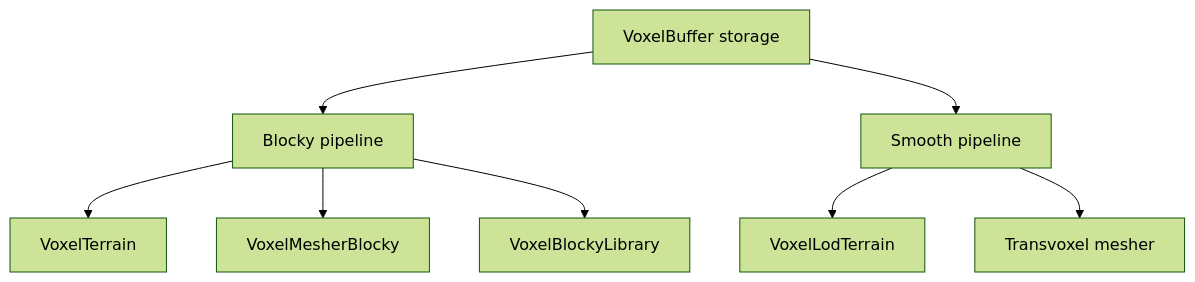
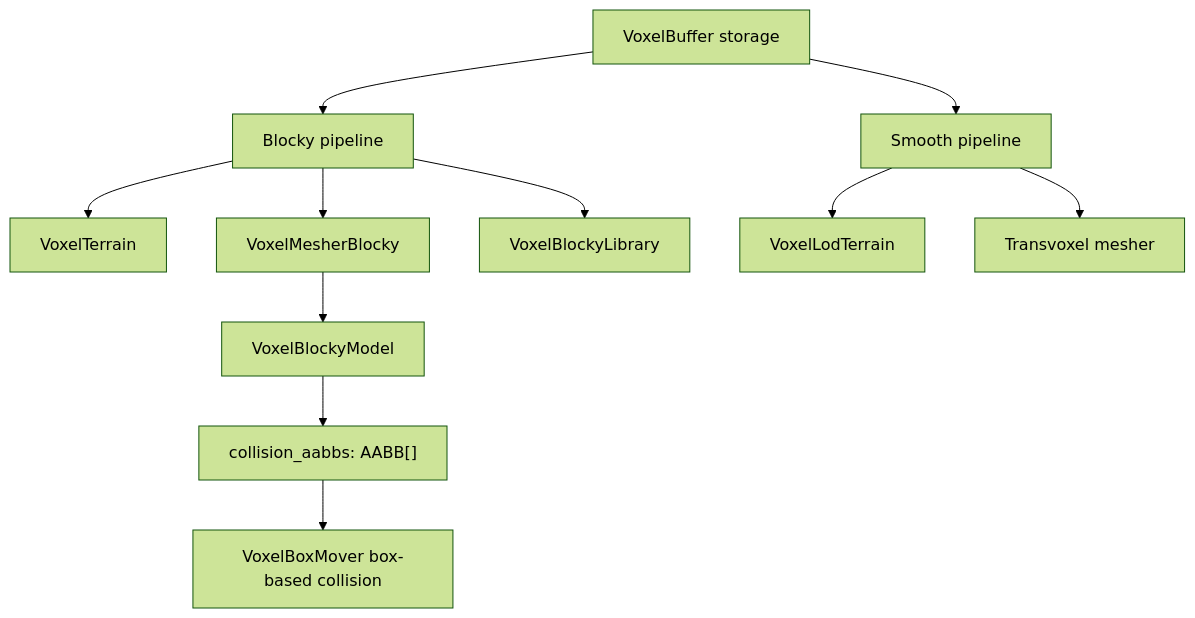
Before and after one commit to hybridindie/wiki-fabric: the diagram in wiki/topics/godot-voxel-pipeline.md, drawn with Mermaid (forest theme). The commit also changed other lines of this file and 43 other files, not shown here.

````diff
--- a/wiki/topics/godot-voxel-pipeline.md
+++ b/wiki/topics/godot-voxel-pipeline.md
@@ -14,10 +18,17 @@
 ```mermaid
 flowchart TD
-    VB[VoxelBuffer storage] --> P1[Blocky pipeline]
-    VB --> P2[Smooth pipeline]
-    P1 --> T[VoxelTerrain]
-    P1 --> M[VoxelMesherBlocky]
-    P1 --> L[VoxelBlockyLibrary]
-    P2 --> LT[VoxelLodTerrain]
-    P2 --> TV[Transvoxel mesher]
+    VB[VoxelBuffer storage]
+    VB --> B[Blocky pipeline]
+    VB --> S[Smooth pipeline]
+
+    B --> VT[VoxelTerrain]
+    B --> MB[VoxelMesherBlocky]
+    B --> BL[VoxelBlockyLibrary]
+
+    MB --> BM[VoxelBlockyModel]
+    BM --> AABB["collision_aabbs: AABB[]"]
+    AABB --> Mover[VoxelBoxMover box-based collision]
+
+    S --> LT[VoxelLodTerrain]
+    S --> TV[Transvoxel mesher]
 ```
````
